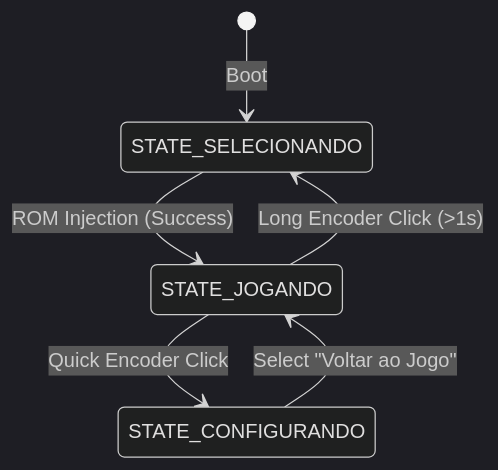
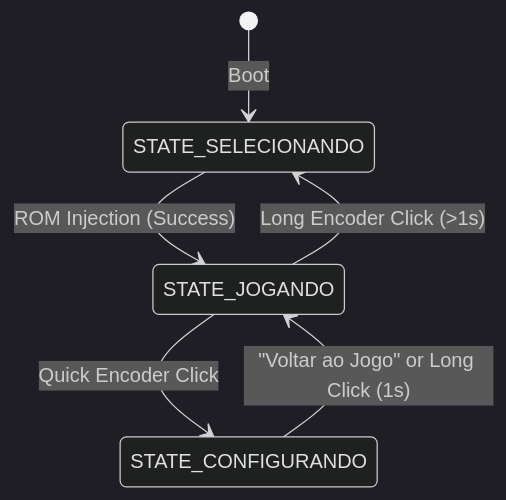
The diagram in README.md (sandrobenigno/FPGABuddy), drawn with Mermaid (dark theme) before and after one commit. The commit also changed other lines of this file and 2 other files, not shown here.

````diff
--- a/README.md
+++ b/README.md
@@ -117,8 +117,8 @@
 ```mermaid
 stateDiagram-v2
     [*] --> STATE_SELECIONANDO : Boot
     STATE_SELECIONANDO --> STATE_JOGANDO : ROM Injection (Success)
     STATE_JOGANDO --> STATE_CONFIGURANDO : Quick Encoder Click
-    STATE_CONFIGURANDO --> STATE_JOGANDO : Select "Voltar ao Jogo"
+    STATE_CONFIGURANDO --> STATE_JOGANDO : "Voltar ao Jogo" or Long Click (1s)
     STATE_JOGANDO --> STATE_SELECIONANDO : Long Encoder Click (>1s)
 ```
````
